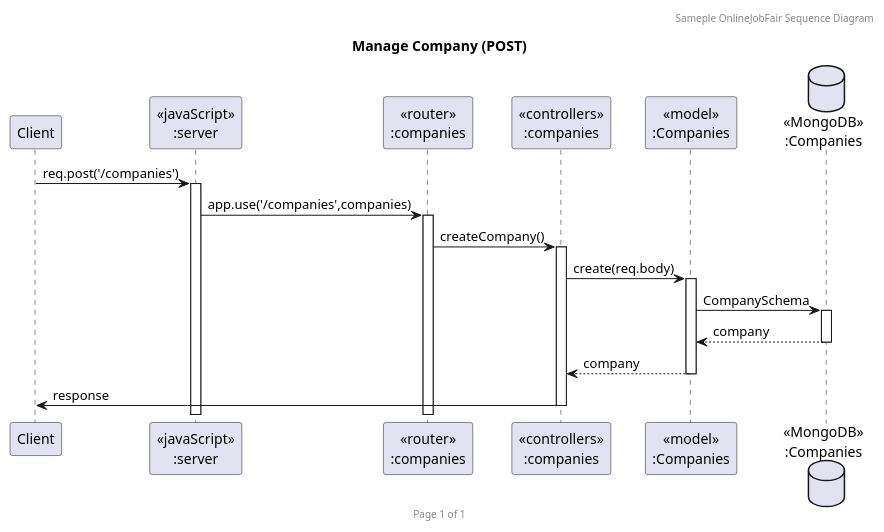
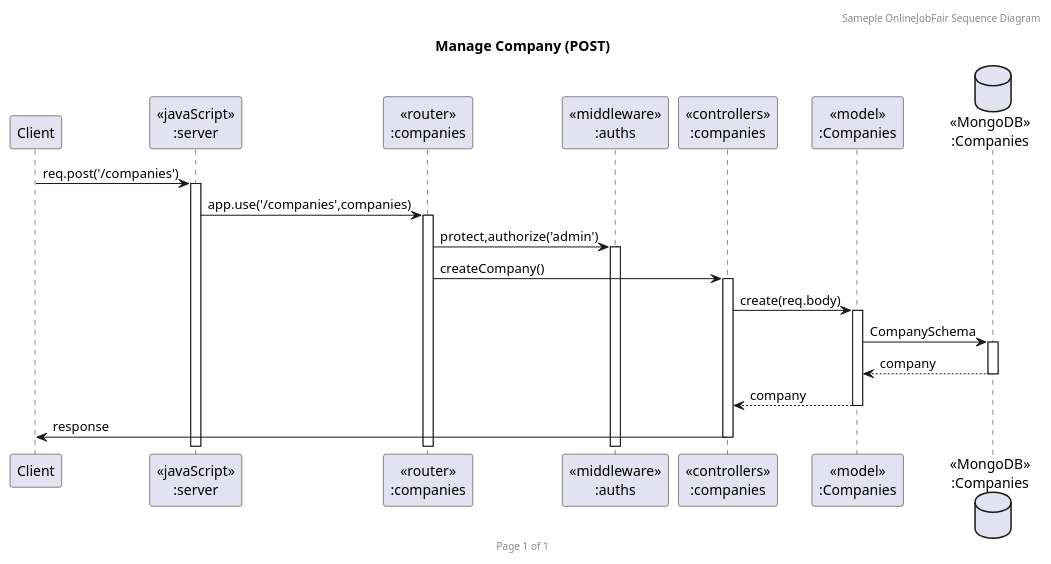
Before and after one commit to 2110503TACEDT66/presentation-day-1-madumeawteehongraomai: the diagram in plantuml/postcompany.puml, drawn with PlantUML. The commit also changed 29 other files, not shown here.

```diff
--- a/plantuml/postcompany.puml
+++ b/plantuml/postcompany.puml
@@ -1,23 +1,25 @@
 @startuml Manage Companies (POST)
 
 header Sameple OnlineJobFair Sequence Diagram
 footer Page %page% of %lastpage%
 title "Manage Company (POST)"
 
 participant "Client" as client
 participant "<<javaScript>>\n:server" as server
 participant "<<router>>\n:companies" as routerCompany
+participant "<<middleware>>\n:auths" as auth
 participant "<<controllers>>\n:companies" as controllersCompany
 participant "<<model>>\n:Companies" as modelCompany
 database "<<MongoDB>>\n:Companies" as CompanyDatabase
 
 client->server ++:req.post('/companies')
 server->routerCompany ++:app.use('/companies',companies)
+routerCompany->auth ++:protect,authorize('admin')
 routerCompany -> controllersCompany ++:createCompany()
 controllersCompany->modelCompany ++:create(req.body)
 modelCompany ->CompanyDatabase ++: CompanySchema
 CompanyDatabase --> modelCompany --: company
 controllersCompany <-- modelCompany --:company
 controllersCompany->client --:response
 
 @enduml
```
